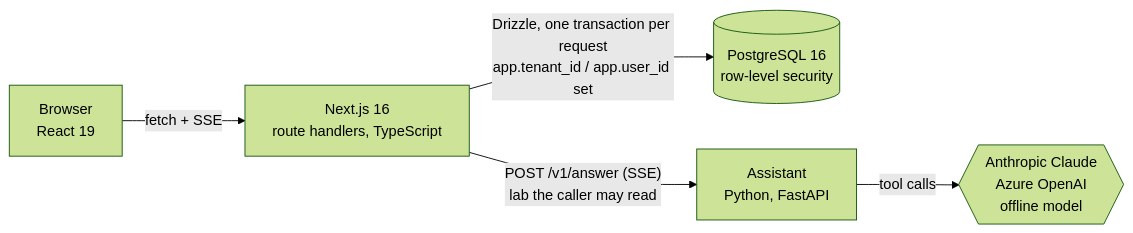
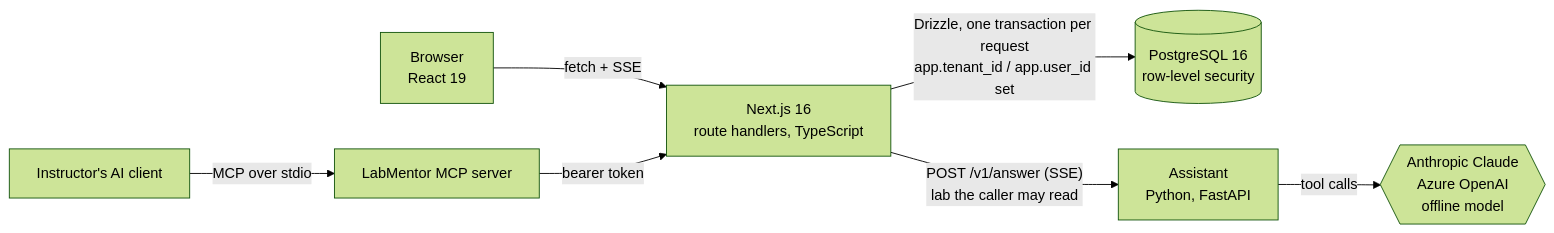
One commit to shovand139-maker/labmentor changed the diagram in README.md. Above: the diagram before and after it, drawn with Mermaid (forest theme). The commit also changed other lines of this file and 2 other files, not shown here.

Commit message:
Document the MCP server and run its tests in CI

````diff
--- a/README.md
+++ b/README.md
@@ -18,7 +18,8 @@
 ```mermaid
 flowchart LR
   B[Browser<br/>React 19] -- "fetch + SSE" --> W[Next.js 16<br/>route handlers, TypeScript]
+  C[Instructor's AI client] -- "MCP over stdio" --> X[LabMentor MCP server] -- "bearer token" --> W
   W -- "Drizzle, one transaction per request<br/>app.tenant_id / app.user_id set" --> P[(PostgreSQL 16<br/>row-level security)]
   W -- "POST /v1/answer (SSE)<br/>lab the caller may read" --> A[Assistant<br/>Python, FastAPI]
   A -- "tool calls" --> M{{Anthropic Claude<br/>Azure OpenAI<br/>offline model}}
 ```
````
